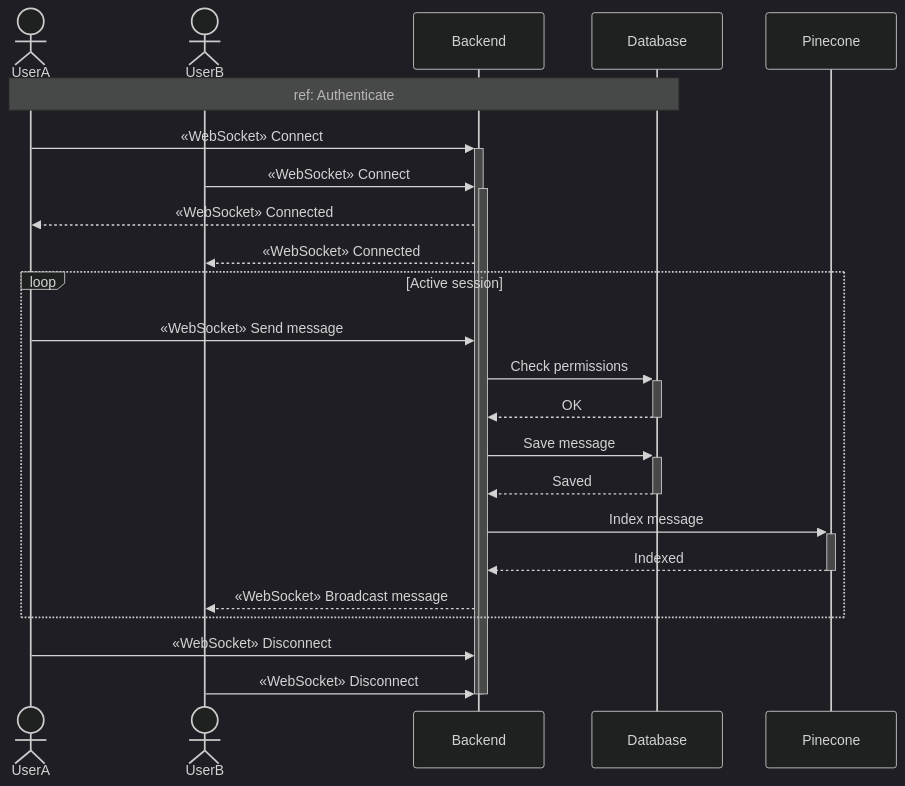
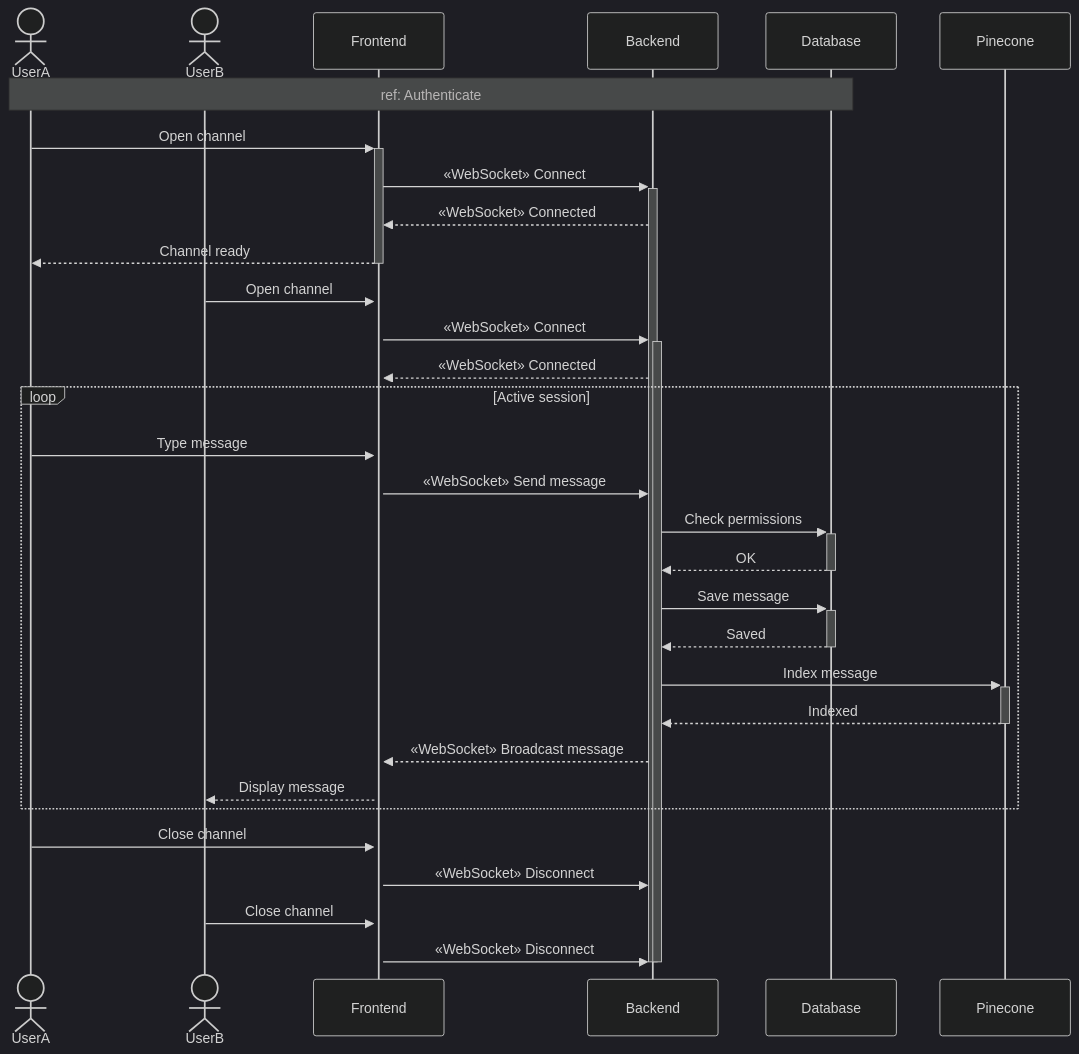
The ninth of 16 diagrams in docs/SEQUENCE_DIAGRAMS.md (MohamedChebbi123/teamnest), drawn with Mermaid (dark theme) before and after one commit. The commit also changed other lines of this file, not shown here.

````diff
--- a/docs/SEQUENCE_DIAGRAMS.md
+++ b/docs/SEQUENCE_DIAGRAMS.md
@@ -315,31 +346,40 @@
 ```mermaid
 sequenceDiagram
     actor UserA
     actor UserB
+    participant FE as Frontend
     participant API as Backend
     participant DB as Database
     participant Vec as Pinecone
 
     Note over UserA,DB: ref: Authenticate
 
-    UserA->>+API: «WebSocket» Connect
-    UserB->>+API: «WebSocket» Connect
-    API-->>UserA: «WebSocket» Connected
-    API-->>UserB: «WebSocket» Connected
+    UserA->>+FE: Open channel
+    FE->>+API: «WebSocket» Connect
+    API-->>FE: «WebSocket» Connected
+    FE-->>-UserA: Channel ready
+
+    UserB->>+FE: Open channel
+    FE->>+API: «WebSocket» Connect
+    API-->>FE: «WebSocket» Connected
 
     loop Active session
-        UserA->>API: «WebSocket» Send message
+        UserA->>FE: Type message
+        FE->>API: «WebSocket» Send message
         API->>+DB: Check permissions
         DB-->>-API: OK
         API->>+DB: Save message
         DB-->>-API: Saved
         API->>+Vec: Index message
         Vec-->>-API: Indexed
-        API-->>UserB: «WebSocket» Broadcast message
+        API-->>FE: «WebSocket» Broadcast message
+        FE-->>UserB: Display message
     end
 
-    UserA->>API: «WebSocket» Disconnect
-    UserB->>API: «WebSocket» Disconnect
+    UserA->>FE: Close channel
+    FE->>API: «WebSocket» Disconnect
+    UserB->>FE: Close channel
+    FE->>API: «WebSocket» Disconnect
     deactivate API
     deactivate API
 ```
````
